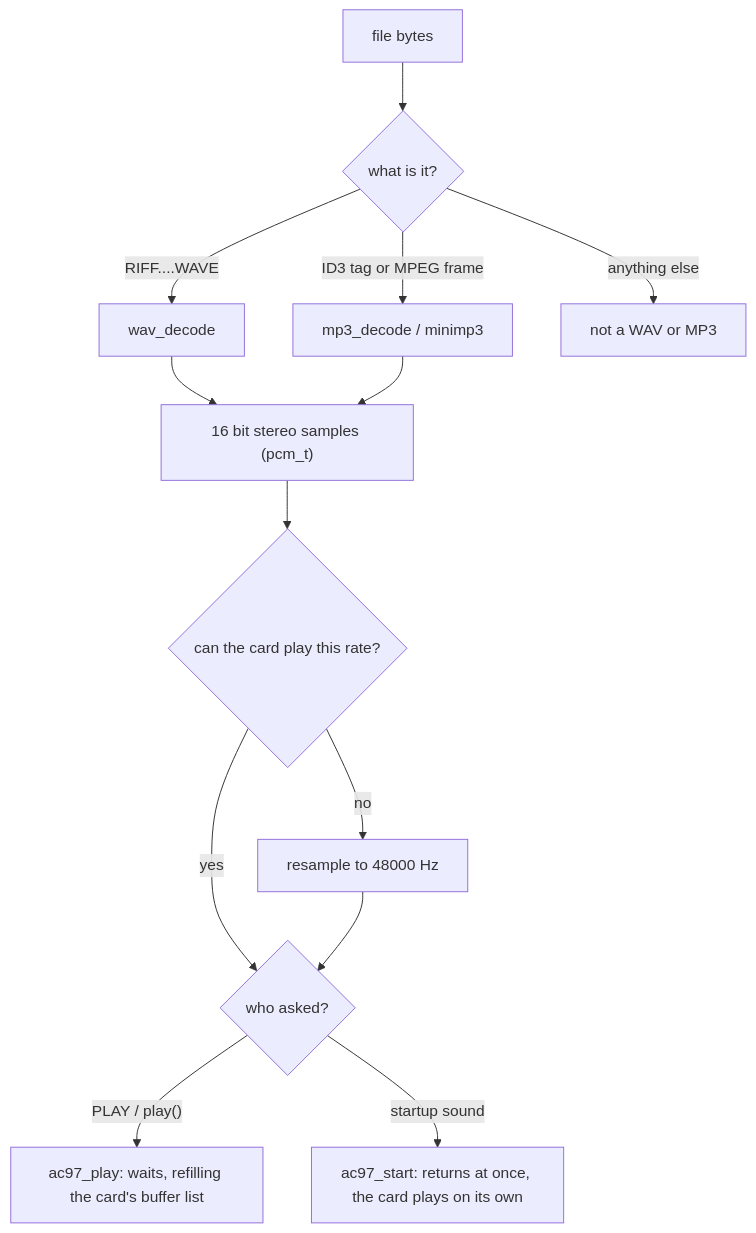
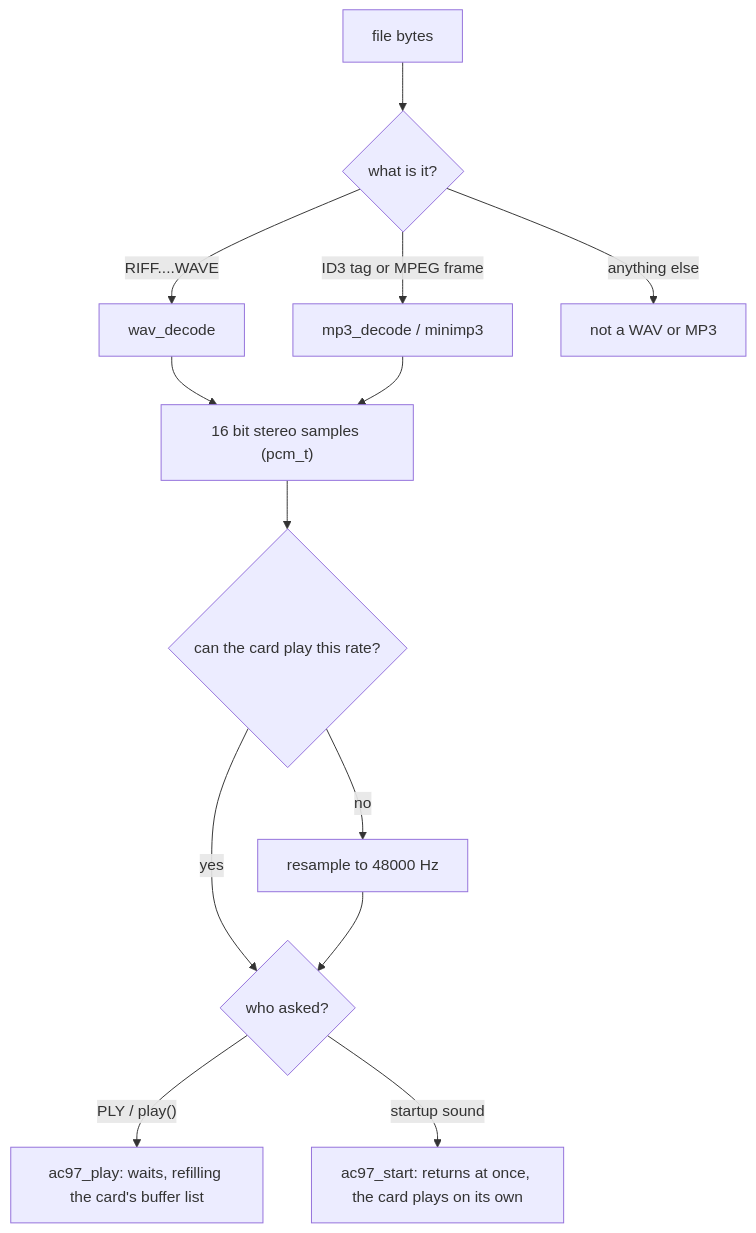
The diagram in docs/AUDIO.md (alexanderwalford-official/Renovate-OS), drawn with Mermaid before and after one commit. The commit also changed other lines of this file and 21 other files, not shown here.

````diff
--- a/docs/AUDIO.md
+++ b/docs/AUDIO.md
@@ -33,15 +33,15 @@
 ```mermaid
 flowchart TD
     F[file bytes] --> D{what is it?}
     D -- "RIFF....WAVE" --> W[wav_decode]
     D -- "ID3 tag or MPEG frame" --> M[mp3_decode / minimp3]
     D -- anything else --> X[not a WAV or MP3]
     W --> P["16 bit stereo samples (pcm_t)"]
     M --> P
     P --> R{can the card play this rate?}
     R -- no --> S[resample to 48000 Hz]
     R -- yes --> A
     S --> A{who asked?}
-    A -- "PLAY / play()" --> B["ac97_play: waits, refilling the card's buffer list"]
+    A -- "PLY / play()" --> B["ac97_play: waits, refilling the card's buffer list"]
     A -- startup sound --> C["ac97_start: returns at once, the card plays on its own"]
 ```
````
